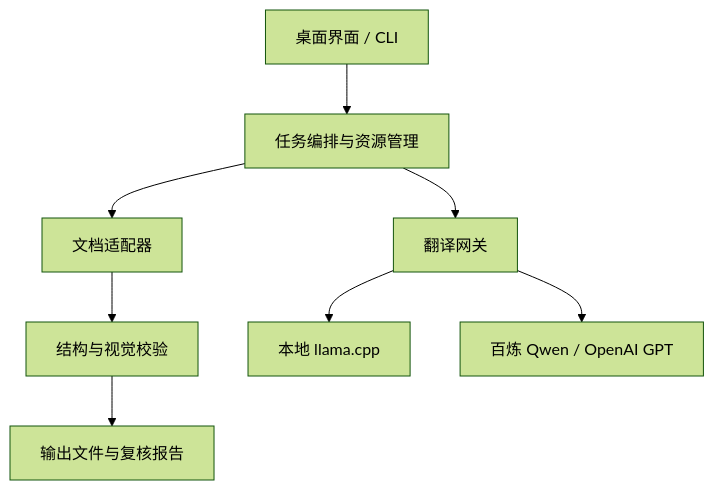
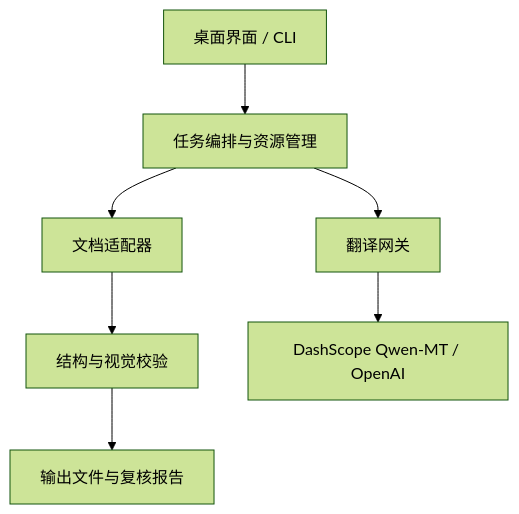
The diagram in 本地文档保真翻译程序技术方案.md (zhoufanlong2016-ops/-), drawn with Mermaid (forest theme) before and after one commit. The commit also changed other lines of this file and 74 other files, not shown here.

````diff
--- a/本地文档保真翻译程序技术方案.md
+++ b/本地文档保真翻译程序技术方案.md
@@ -82,10 +83,9 @@
 ```mermaid
 flowchart TD
     UI["桌面界面 / CLI"] --> ORC["任务编排与资源管理"]
     ORC --> DOC["文档适配器"]
     ORC --> GW["翻译网关"]
     DOC --> VAL["结构与视觉校验"]
-    GW --> LOCAL["本地 llama.cpp"]
-    GW --> CLOUD["百炼 Qwen / OpenAI GPT"]
+    GW --> CLOUD["DashScope Qwen-MT / OpenAI"]
     VAL --> REPORT["输出文件与复核报告"]
 ```
````
